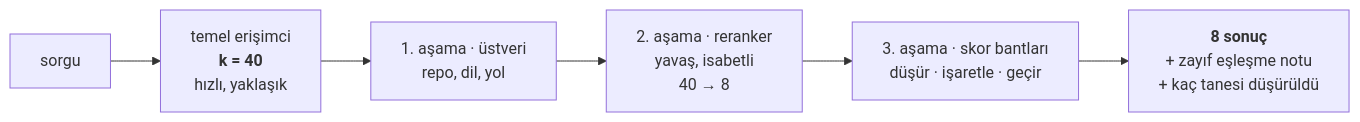
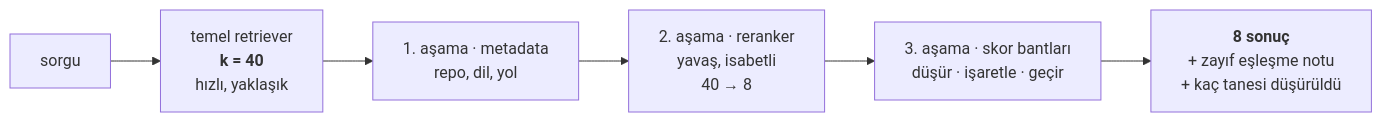
The diagram in docs/rag/05-honesty.tr.md (fport/milvus-rag), drawn with Mermaid before and after one commit. The commit also changed other lines of this file and 15 other files, not shown here.

````diff
--- a/docs/rag/05-honesty.tr.md
+++ b/docs/rag/05-honesty.tr.md
@@ -50,8 +50,8 @@
 ```mermaid
 flowchart LR
-    Q["sorgu"] --> BASE["temel erişimci<br><b>k = 40</b><br>hızlı, yaklaşık"]
-    BASE --> S1["1. aşama · üstveri<br>repo, dil, yol"]
+    Q["sorgu"] --> BASE["temel retriever<br><b>k = 40</b><br>hızlı, yaklaşık"]
+    BASE --> S1["1. aşama · metadata<br>repo, dil, yol"]
     S1 --> S2["2. aşama · reranker<br>yavaş, isabetli<br>40 → 8"]
     S2 --> S3["3. aşama · skor bantları<br>düşür · işaretle · geçir"]
     S3 --> OUT["<b>8 sonuç</b><br>+ zayıf eşleşme notu<br>+ kaç tanesi düşürüldü"]
 ```
````
